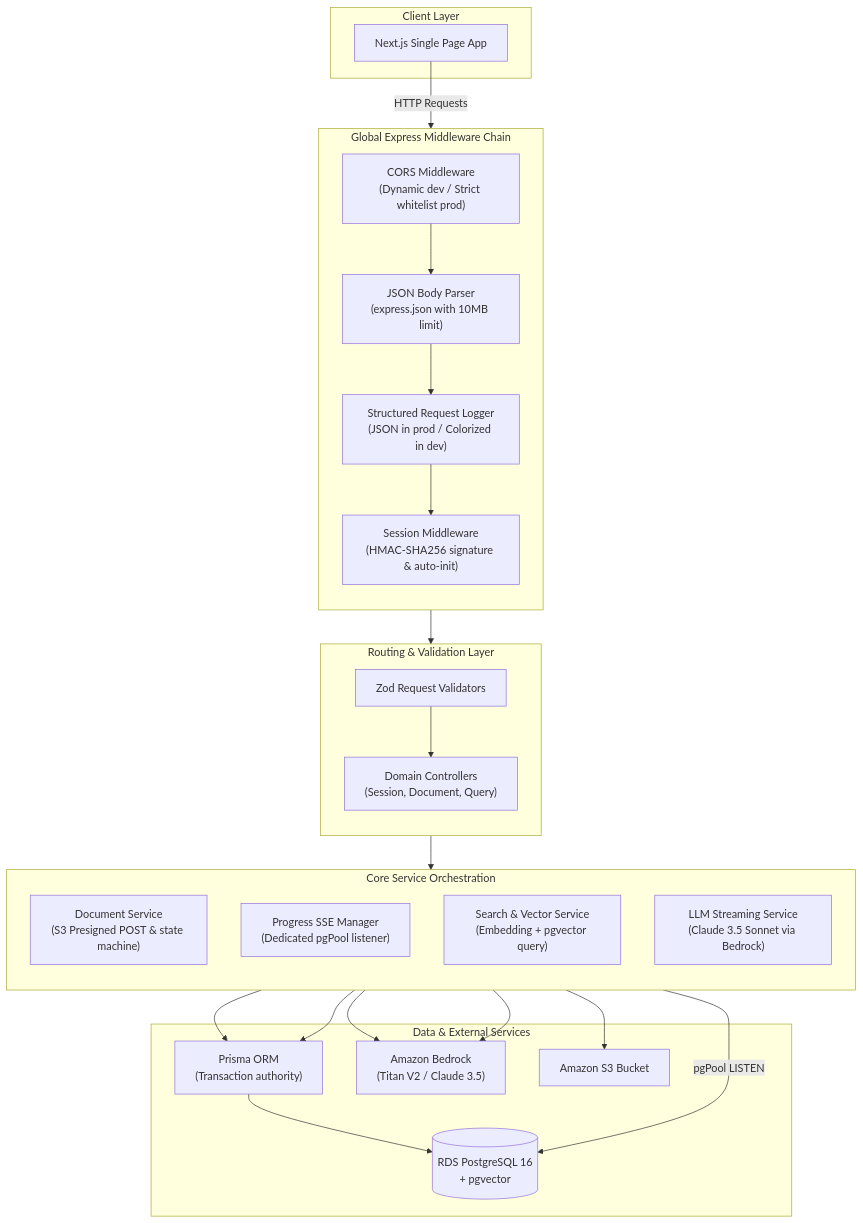
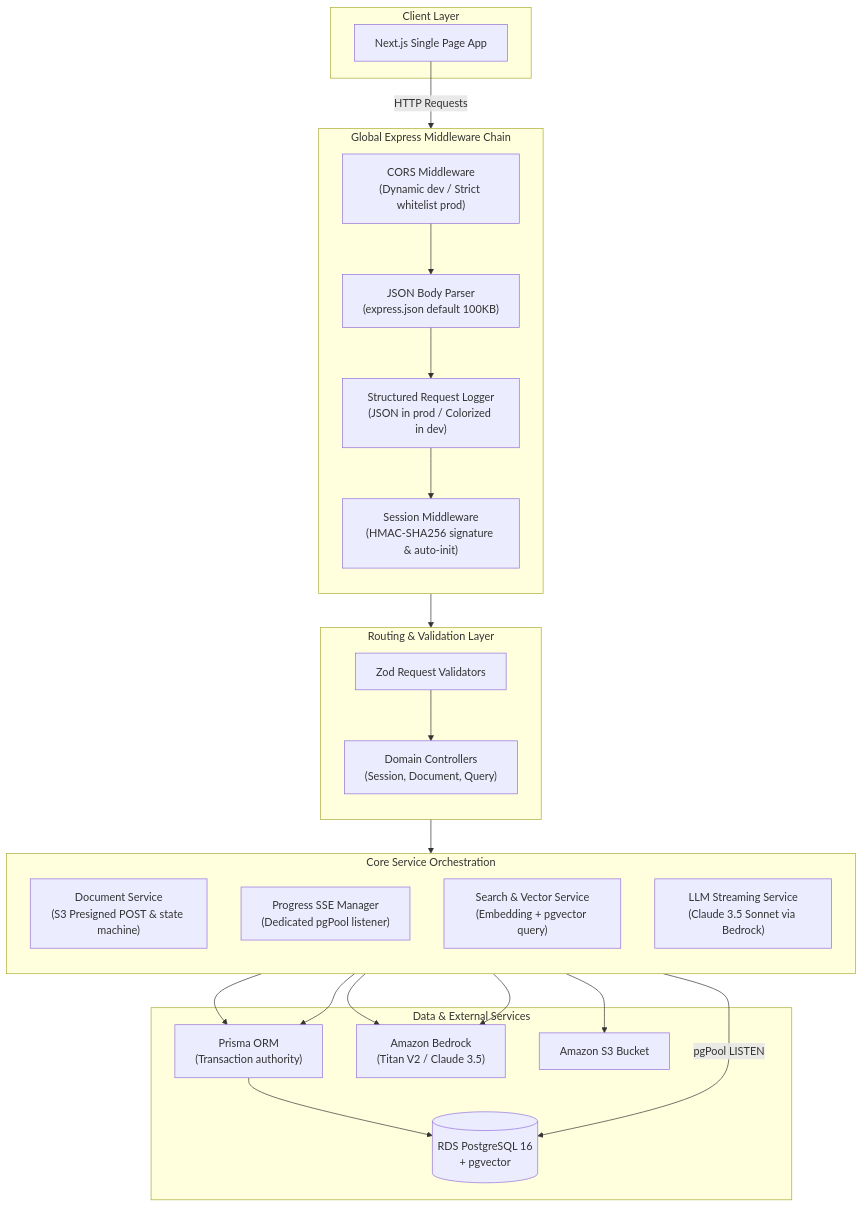
The diagram in docs-site/docs/services/api/overview.md (parth9218/Document-Intelligence-Platform), drawn with Mermaid before and after one commit. The commit also changed other lines of this file and 2 other files, not shown here.

````diff
--- a/docs-site/docs/services/api/overview.md
+++ b/docs-site/docs/services/api/overview.md
@@ -16,47 +16,47 @@
 ```mermaid
 flowchart TD
     subgraph Client ["Client Layer"]
         Browser["Next.js Single Page App"]
     end
 
     subgraph MiddlewareChain ["Global Express Middleware Chain"]
         direction TB
         CORS["CORS Middleware<br/>(Dynamic dev / Strict whitelist prod)"]
-        Parser["JSON Body Parser<br/>(express.json with 10MB limit)"]
+        Parser["JSON Body Parser<br/>(express.json default 100KB)"]
         Logger["Structured Request Logger<br/>(JSON in prod / Colorized in dev)"]
         SessionAuth["Session Middleware<br/>(HMAC-SHA256 signature & auto-init)"]
         CORS --> Parser --> Logger --> SessionAuth
     end
 
     subgraph RoutingControllers ["Routing & Validation Layer"]
         direction TB
         Val["Zod Request Validators"]
         Ctrl["Domain Controllers<br/>(Session, Document, Query)"]
         Val --> Ctrl
     end
 
     subgraph ServiceLayer ["Core Service Orchestration"]
         direction TB
         DocSvc["Document Service<br/>(S3 Presigned POST & state machine)"]
         ProgSvc["Progress SSE Manager<br/>(Dedicated pgPool listener)"]
         SearchSvc["Search & Vector Service<br/>(Embedding + pgvector query)"]
         LLMSvc["LLM Streaming Service<br/>(Claude 3.5 Sonnet via Bedrock)"]
     end
 
     subgraph Persistence ["Data & External Services"]
         Prisma["Prisma ORM<br/>(Transaction authority)"]
         RDS[("RDS PostgreSQL 16<br/>+ pgvector")]
         Bedrock["Amazon Bedrock<br/>(Titan V2 / Claude 3.5)"]
         S3["Amazon S3 Bucket"]
     end
 
     Browser -->|HTTP Requests| CORS
     SessionAuth --> Val
     Ctrl --> ServiceLayer
     DocSvc --> Prisma --> RDS
     DocSvc --> S3
     ProgSvc -->|pgPool LISTEN| RDS
     SearchSvc --> Bedrock
     SearchSvc --> Prisma
     LLMSvc --> Bedrock
 ```
````
